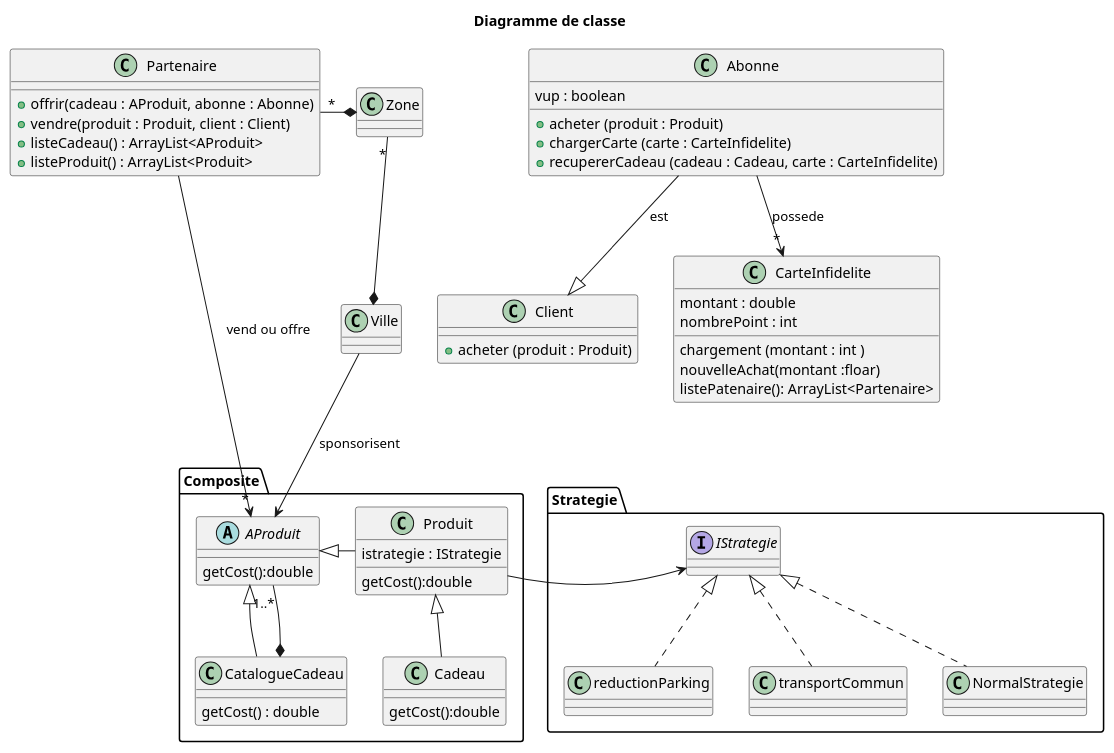
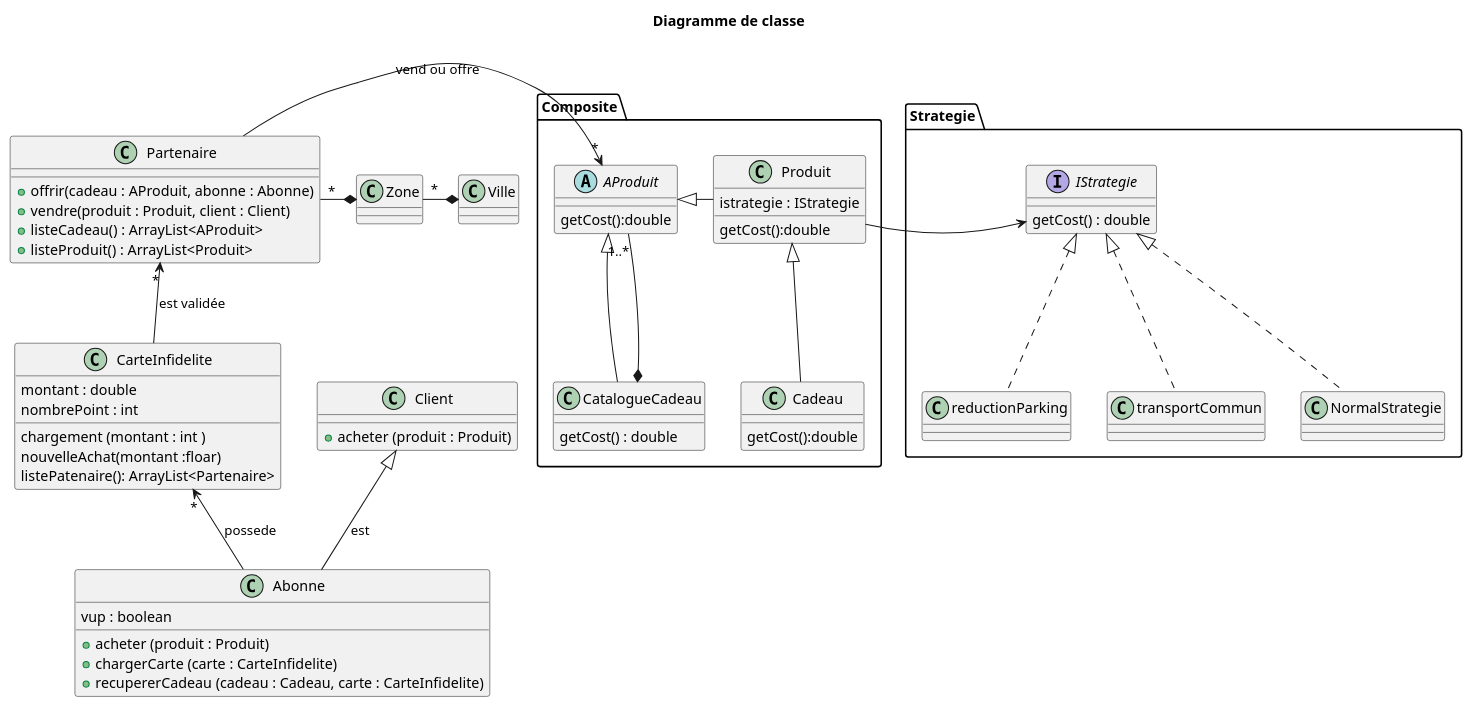
Before and after one commit to ZeroAbsolue/infidelite: the first of 6 diagrams in Readme.puml, drawn with PlantUML. The commit also changed 3 other files, not shown here.

```diff
--- a/Readme.puml
+++ b/Readme.puml
@@ -1,76 +1,79 @@
 @startuml
 title Diagramme de classe
 ' skinparam linetype ortho
 
 class Partenaire{
 
     + offrir(cadeau : AProduit, abonne : Abonne)
     + vendre(produit : Produit, client : Client)
     + listeCadeau() : ArrayList<AProduit>
     + listeProduit() : ArrayList<Produit>
 }
 
 class Zone{}
 
 class Abonne{
     vup : boolean
     + acheter (produit : Produit)
     + chargerCarte (carte : CarteInfidelite)
     + recupererCadeau (cadeau : Cadeau, carte : CarteInfidelite)
 }
 
 class Client{
     + acheter (produit : Produit)
 }
 
 class CarteInfidelite{
     montant : double
     nombrePoint : int
     chargement (montant : int )
     nouvelleAchat(montant :floar)
     listePatenaire(): ArrayList<Partenaire>
 }
 class Ville
 
 package Composite{
     abstract  AProduit{
         getCost():double
     }
     class Produit{
         istrategie : IStrategie
         getCost():double
     }
     class CatalogueCadeau{
         getCost() : double
     }
     class Cadeau{
         getCost():double
     }
     Produit -left-|> AProduit
     Cadeau -up-|> Produit
     CatalogueCadeau -up-|> AProduit
     CatalogueCadeau *-up- "1..*" AProduit
+    
 }
 
 
 package Strategie{
     class reductionParking
     class transportCommun
     class NormalStrategie
-    interface IStrategie
+    interface IStrategie{
+        getCost() : double
+    }
     reductionParking .up.|> IStrategie
     NormalStrategie .up.|> IStrategie
     transportCommun .up.|> IStrategie
 }
 
-Abonne --> "*"CarteInfidelite : possede
-Abonne --|> Client : est
+Abonne -up-> "*"CarteInfidelite : possede
+Abonne -up-|> Client : est
 
-Ville -down-> AProduit : sponsorisent
-Ville *-up- "*" Zone
+Ville *-left- "*" Zone
 Zone *-left- "*" Partenaire
 Partenaire -> "*" AProduit : vend ou offre
 Produit -> IStrategie
+CarteInfidelite -up-> "*"Partenaire : "est validée" 
 
 
 @enduml
```
